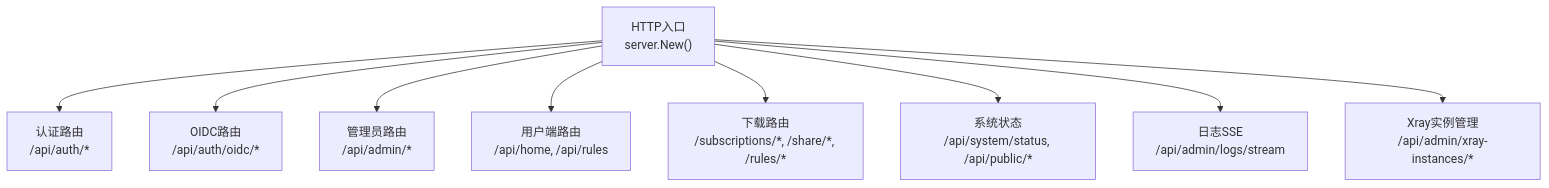
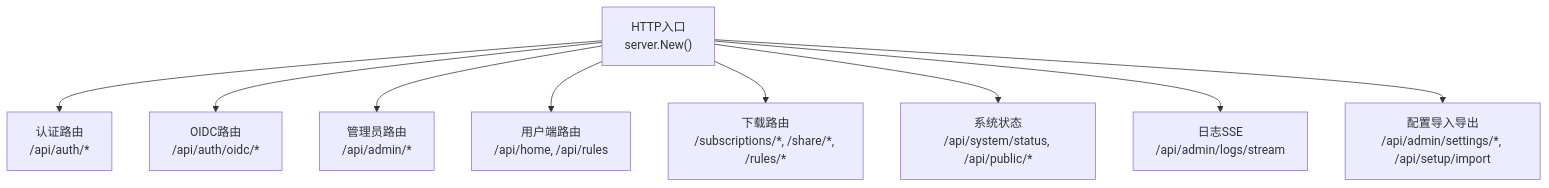
One commit to AlcaProphet/VPN-Subscription-Management changed the first of 6 diagrams in .qoder/repowiki/zh/content/API接口文档/API接口文档.md. Above: the diagram before and after it, drawn with Mermaid. The commit also changed other lines of this file and 20 other files, not shown here.

````diff
--- a/.qoder/repowiki/zh/content/API接口文档/API接口文档.md
+++ b/.qoder/repowiki/zh/content/API接口文档/API接口文档.md
@@ -68,11 +70,11 @@
 ```mermaid
 graph TB
 A["HTTP入口<br/>server.New()"] --> B["认证路由<br/>/api/auth/*"]
 A --> C["OIDC路由<br/>/api/auth/oidc/*"]
 A --> D["管理员路由<br/>/api/admin/*"]
 A --> E["用户端路由<br/>/api/home, /api/rules"]
 A --> F["下载路由<br/>/subscriptions/*, /share/*, /rules/*"]
 A --> G["系统状态<br/>/api/system/status, /api/public/*"]
 A --> H["日志SSE<br/>/api/admin/logs/stream"]
-A --> I["Xray实例管理<br/>/api/admin/xray-instances/*"]
+A --> I["配置导入导出<br/>/api/admin/settings/*, /api/setup/import"]
 ```
````
